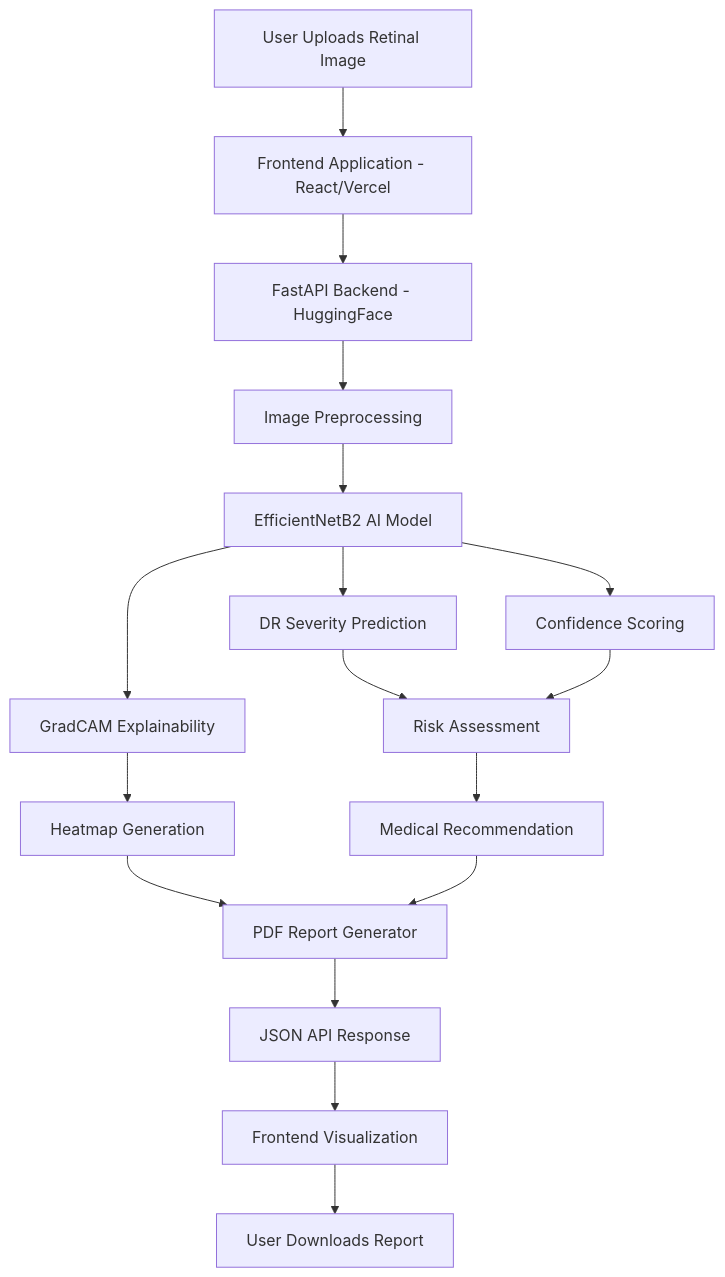
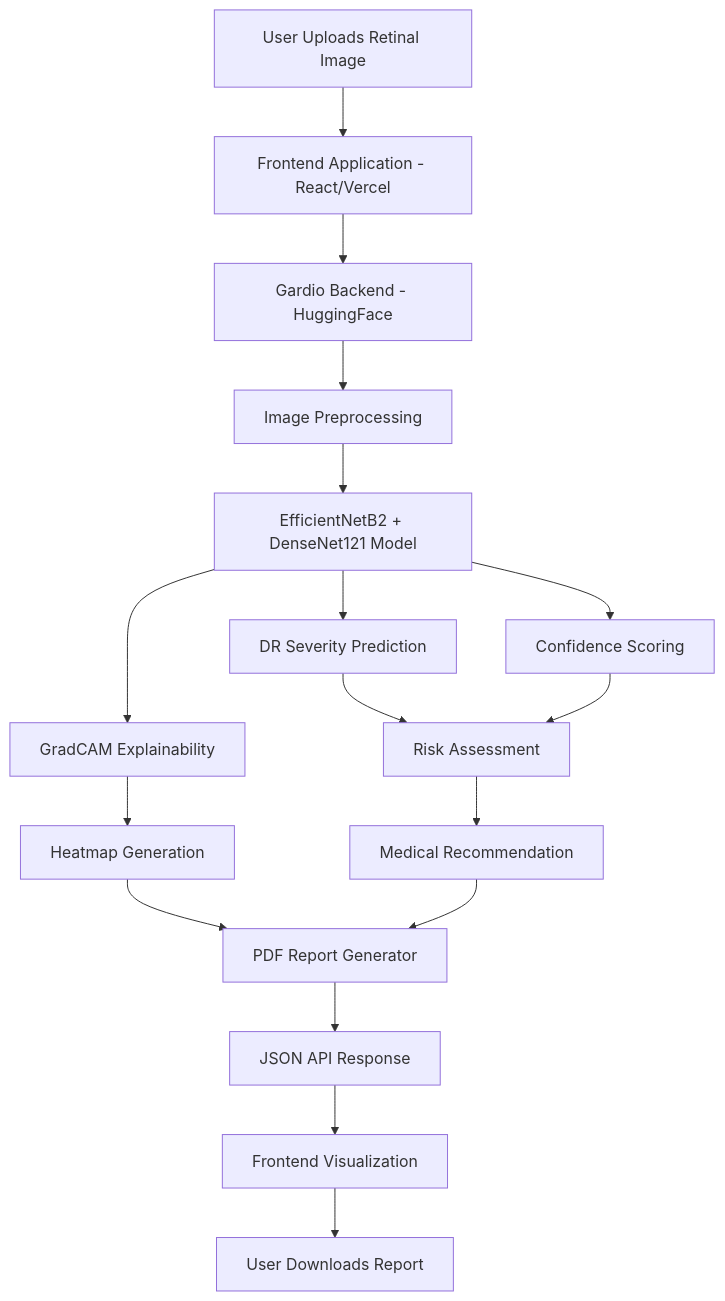
Before and after one commit to 01mayankk/RetinaScan-AI: the first of 3 diagrams in README.md, drawn with Mermaid. The commit also changed other lines of this file, not shown here.

````diff
--- a/README.md
+++ b/README.md
@@ -52,37 +52,37 @@
 ```mermaid
 flowchart TD
 
     A[User Uploads Retinal Image]
 
     A --> B[Frontend Application - React/Vercel]
 
-    B --> C[FastAPI Backend - HuggingFace]
+    B --> C[Gardio Backend - HuggingFace]
 
     C --> D[Image Preprocessing]
 
-    D --> E[EfficientNetB2 AI Model]
+    D --> E[EfficientNetB2 + DenseNet121 Model]
 
     E --> F[DR Severity Prediction]
 
     E --> G[Confidence Scoring]
 
     E --> H[GradCAM Explainability]
 
     H --> I[Heatmap Generation]
 
     F --> J[Risk Assessment]
 
     G --> J
 
     J --> K[Medical Recommendation]
 
     I --> L[PDF Report Generator]
 
     K --> L
 
     L --> M[JSON API Response]
 
     M --> N[Frontend Visualization]
 
     N --> O[User Downloads Report]
 ```
````
